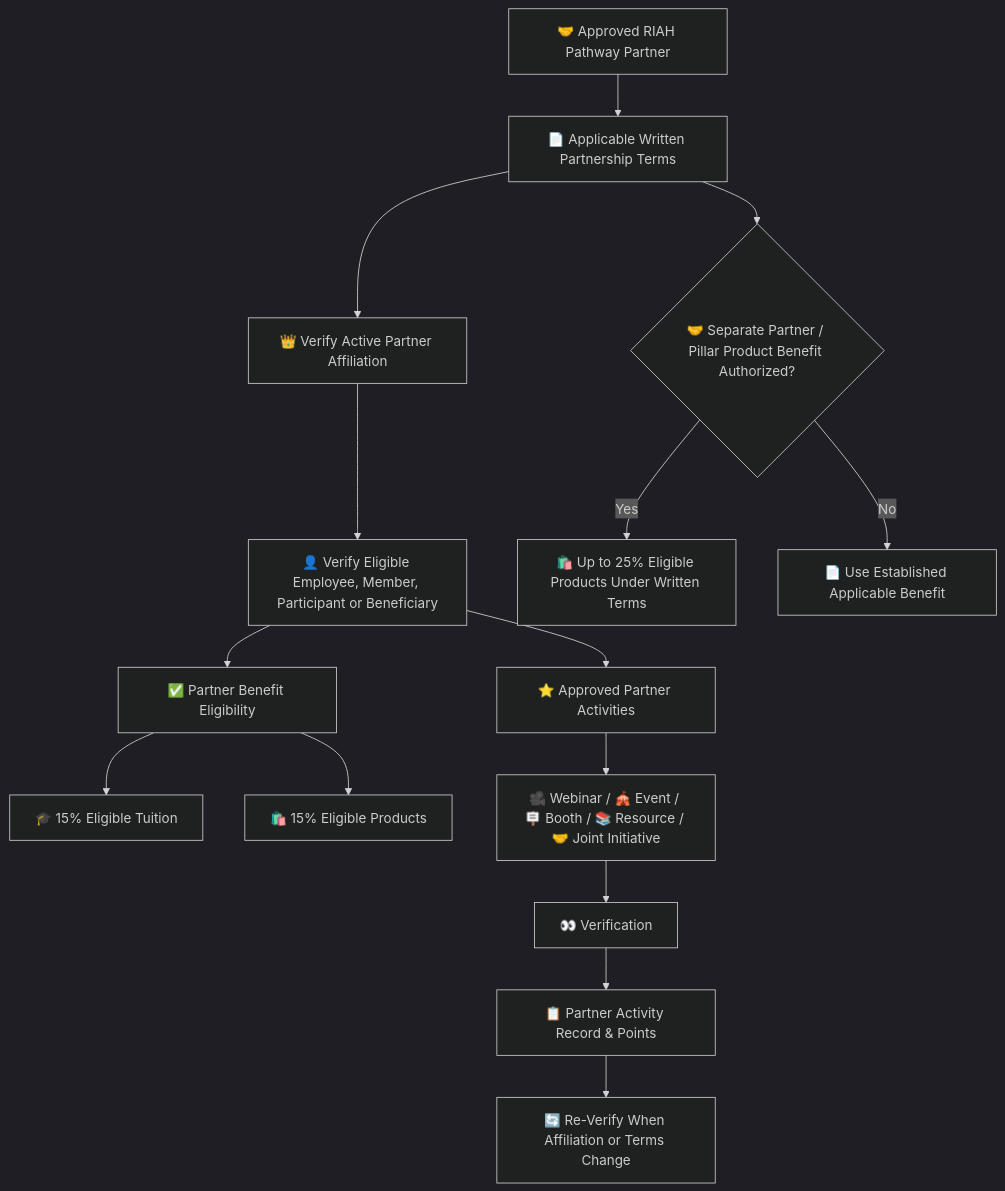
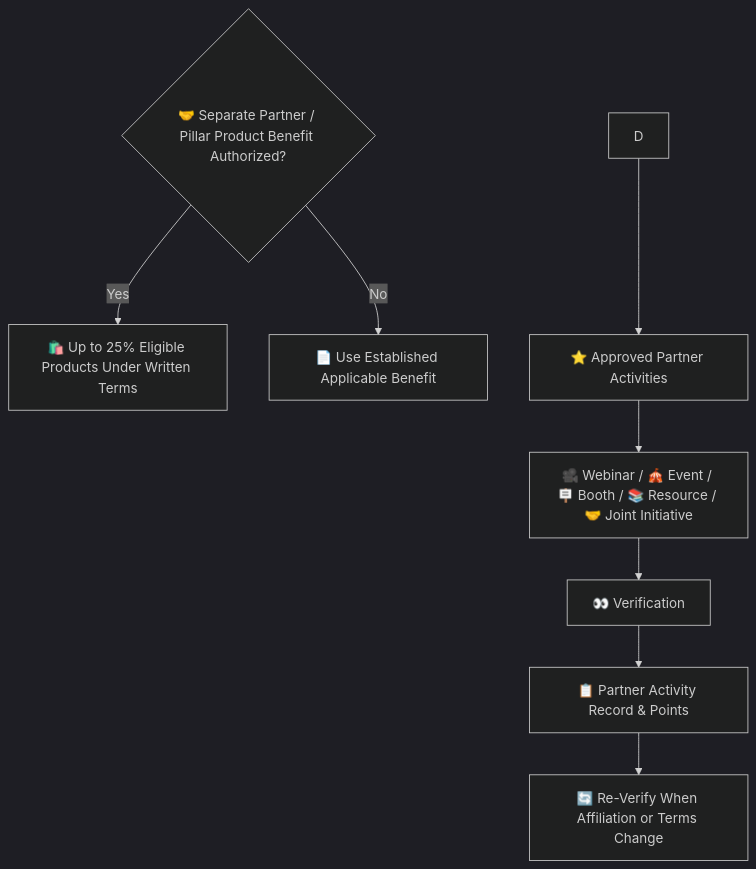
One commit to RIAHPathway/Website changed the second of 3 diagrams in Contributor-Benefits/PARTNERS.md. Above: the diagram before and after it, drawn with Mermaid (dark theme). The commit also changed other lines of this file, not shown here.

Commit message:
Split oversized Mermaid flows for readability

````diff
--- a/Contributor-Benefits/PARTNERS.md
+++ b/Contributor-Benefits/PARTNERS.md
@@ -33,17 +48,11 @@
 ```mermaid
 flowchart TB
-A["🤝 Approved RIAH Pathway Partner"] --> B["📄 Applicable Written Partnership Terms"]
-B --> C["👑 Verify Active Partner Affiliation"]
-C --> D["👤 Verify Eligible Employee, Member, Participant or Beneficiary"]
-D --> E["✅ Partner Benefit Eligibility"]
-E --> F["🎓 15% Eligible Tuition"]
-E --> G["🛍️ 15% Eligible Products"]
-B --> H{"🤝 Separate Partner / Pillar Product Benefit Authorized?"}
+H{"🤝 Separate Partner / Pillar Product Benefit Authorized?"}
 H -- Yes --> I["🛍️ Up to 25% Eligible Products Under Written Terms"]
 H -- No --> J["📄 Use Established Applicable Benefit"]
 D --> K["⭐ Approved Partner Activities"]
 K --> L["🎥 Webinar / 🎪 Event / 🪧 Booth / 📚 Resource / 🤝 Joint Initiative"]
 L --> M["👀 Verification"]
 M --> N["📋 Partner Activity Record & Points"]
 N --> O["🔄 Re-Verify When Affiliation or Terms Change"]
 ```
````
